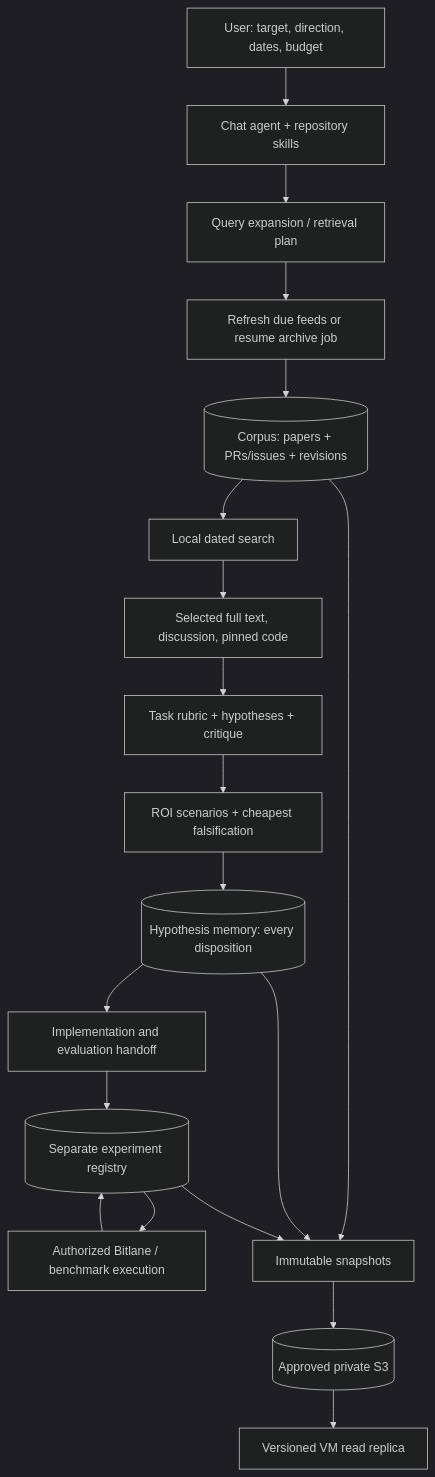
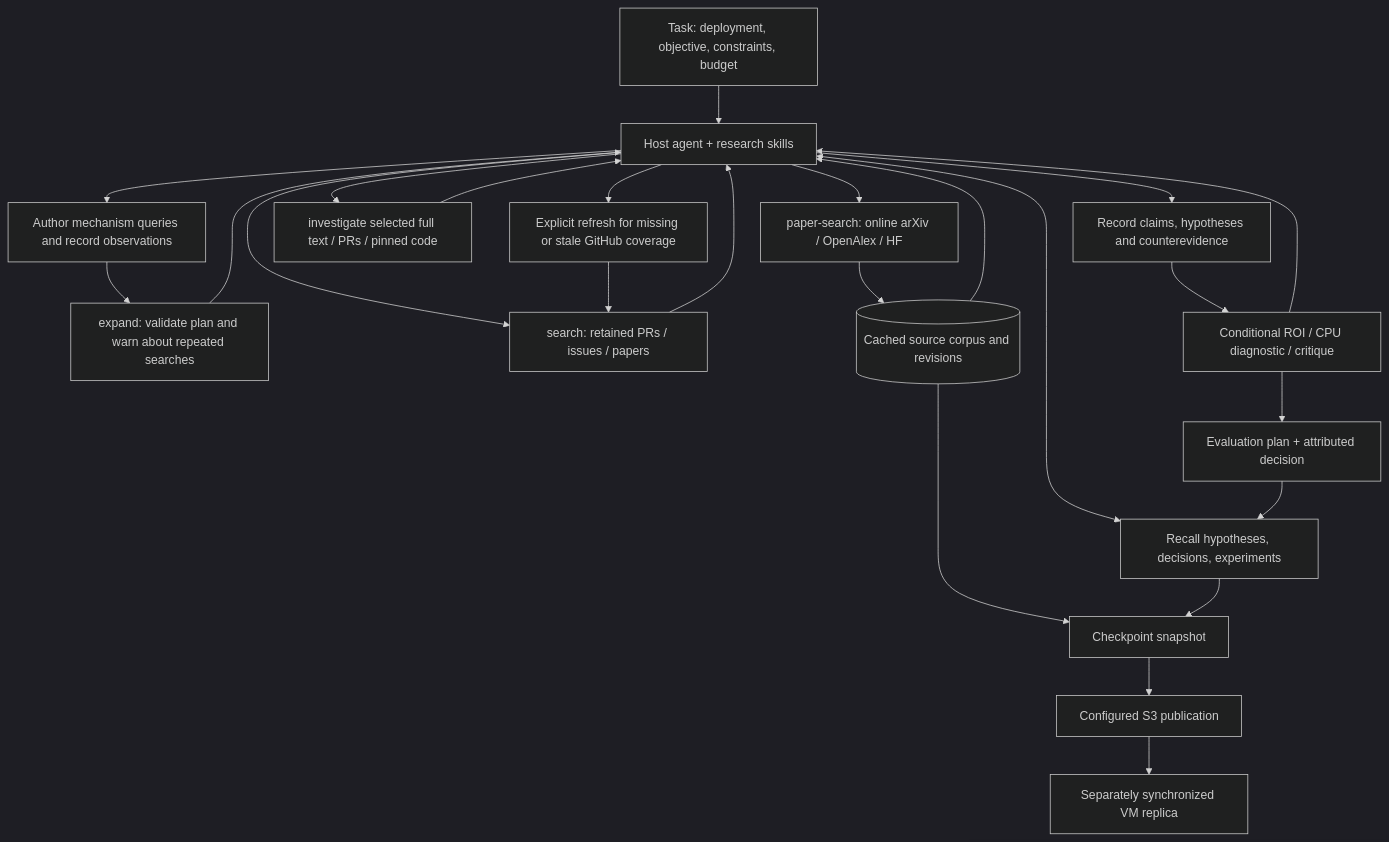
Before and after one commit to shreyesss/AutoResearch-Inference: the diagram in docs/CHAT_RESEARCH_WORKFLOW.md, drawn with Mermaid (dark theme). The commit also changed other lines of this file and 22 other files, not shown here.

Commit message:
Improve adaptive research queries, evidence tools and CPU diagnostic gates

````diff
--- a/docs/CHAT_RESEARCH_WORKFLOW.md
+++ b/docs/CHAT_RESEARCH_WORKFLOW.md
@@ -7,21 +7,26 @@
 ```mermaid
 flowchart TD
-    U[User: target, direction, dates, budget] --> A[Chat agent + repository skills]
-    A --> Q[Query expansion / retrieval plan]
-    Q --> D[Refresh due feeds or resume archive job]
-    D --> C[(Corpus: papers + PRs/issues + revisions)]
-    C --> S[Local dated search]
-    S --> E[Selected full text, discussion, pinned code]
-    E --> H[Task rubric + hypotheses + critique]
-    H --> P[ROI scenarios + cheapest falsification]
-    P --> M[(Hypothesis memory: every disposition)]
-    M --> X[Implementation and evaluation handoff]
-    X --> T[(Separate experiment registry)]
-    T --> B[Authorized Bitlane / benchmark execution]
-    B --> T
-    C --> K[Immutable snapshots]
+    U[Task: deployment, objective, constraints, budget] --> A[Host agent + research skills]
+    A <--> M[Recall hypotheses, decisions, experiments]
+    A --> Q[Author mechanism queries and record observations]
+    Q --> X[expand: validate plan and warn about repeated searches]
+    X --> A
+    A --> P[paper-search: online arXiv / OpenAlex / HF]
+    A --> L[search: retained PRs / issues / papers]
+    A --> R[Explicit refresh for missing or stale GitHub coverage]
+    R --> L
+    P --> C[(Cached source corpus and revisions)]
+    L --> A
+    C --> A
+    A --> I[investigate selected full text / PRs / pinned code]
+    I --> A
+    A --> H[Record claims, hypotheses and counterevidence]
+    H --> S[Conditional ROI / CPU diagnostic / critique]
+    S --> A
+    S --> E[Evaluation plan + attributed decision]
+    E --> M
+    C --> K[Checkpoint snapshot]
     M --> K
-    T --> K
-    K --> S3[(Approved private S3)]
-    S3 --> V[Versioned VM read replica]
+    K --> B[Configured S3 publication]
+    B --> V[Separately synchronized VM replica]
 ```
````
